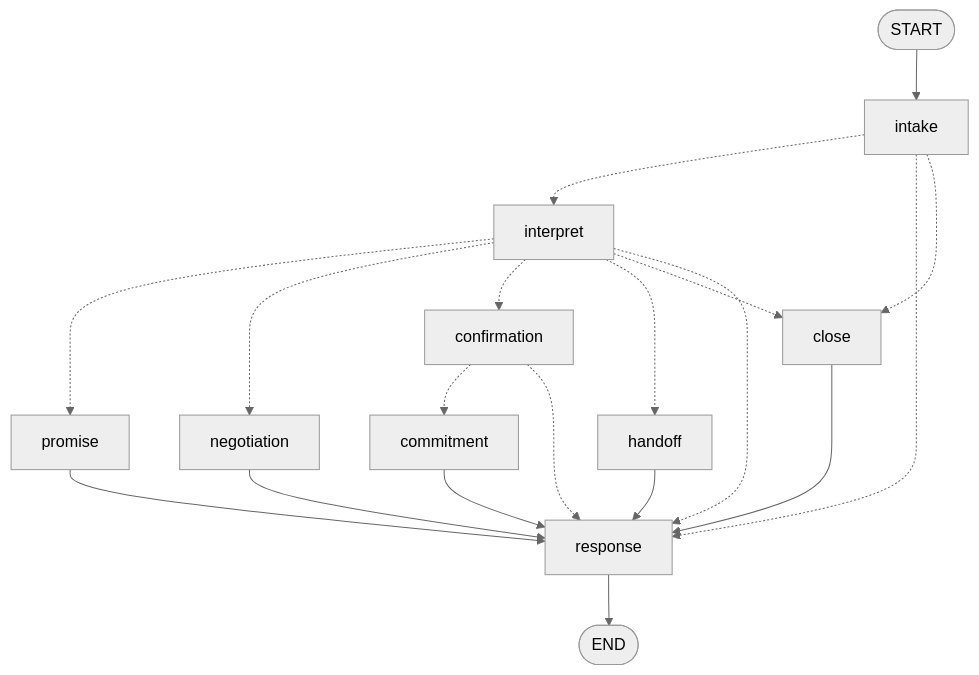
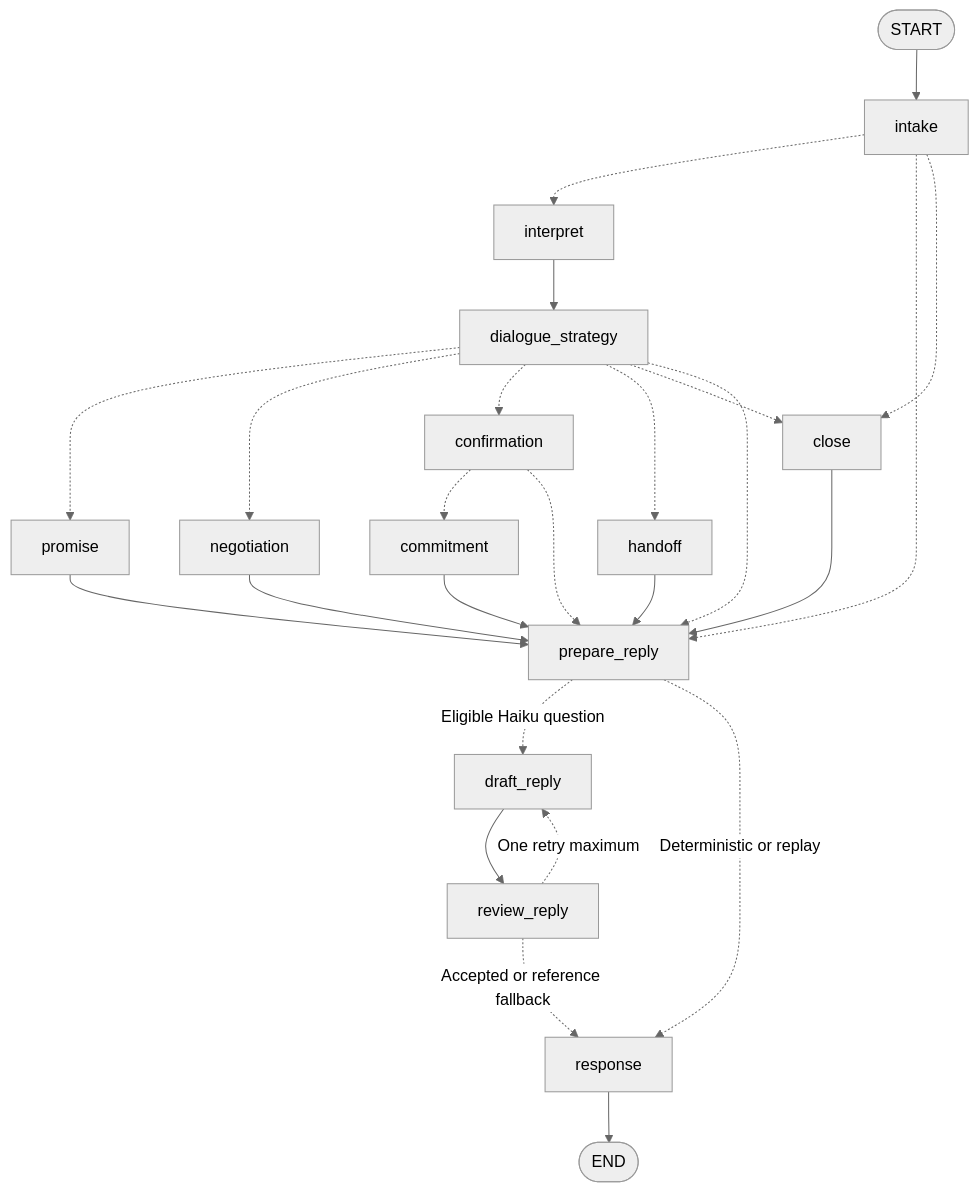
The first of 6 diagrams in docs/ARCHITECTURE.md (sergiomorapardo/AgenticDebtCollection), drawn with Mermaid (neutral theme) before and after one commit. The commit also changed other lines of this file and 4 other files, not shown here.

Commit message:
docs: explain reply review loop and live Haiku evidence

````diff
--- a/docs/ARCHITECTURE.md
+++ b/docs/ARCHITECTURE.md
@@ -11,21 +11,27 @@
 ```mermaid
 flowchart TD
     START([START]) --> intake
     intake -.-> interpret
-    intake -.-> response
+    intake -.-> prepare_reply
     intake -.-> close
-    interpret -.-> promise
-    interpret -.-> negotiation
-    interpret -.-> confirmation
-    interpret -.-> handoff
-    interpret -.-> close
-    interpret -.-> response
+    interpret --> dialogue_strategy
+    dialogue_strategy -.-> promise
+    dialogue_strategy -.-> negotiation
+    dialogue_strategy -.-> confirmation
+    dialogue_strategy -.-> handoff
+    dialogue_strategy -.-> close
+    dialogue_strategy -.-> prepare_reply
     confirmation -.-> commitment
-    confirmation -.-> response
-    promise --> response
-    negotiation --> response
-    commitment --> response
-    handoff --> response
-    close --> response
+    confirmation -.-> prepare_reply
+    promise --> prepare_reply
+    negotiation --> prepare_reply
+    commitment --> prepare_reply
+    handoff --> prepare_reply
+    close --> prepare_reply
+    prepare_reply -. Eligible Haiku question .-> draft_reply
+    prepare_reply -. Deterministic or replay .-> response
+    draft_reply --> review_reply
+    review_reply -. One retry maximum .-> draft_reply
+    review_reply -. Accepted or reference fallback .-> response
     response --> END([END])
 ```
````
